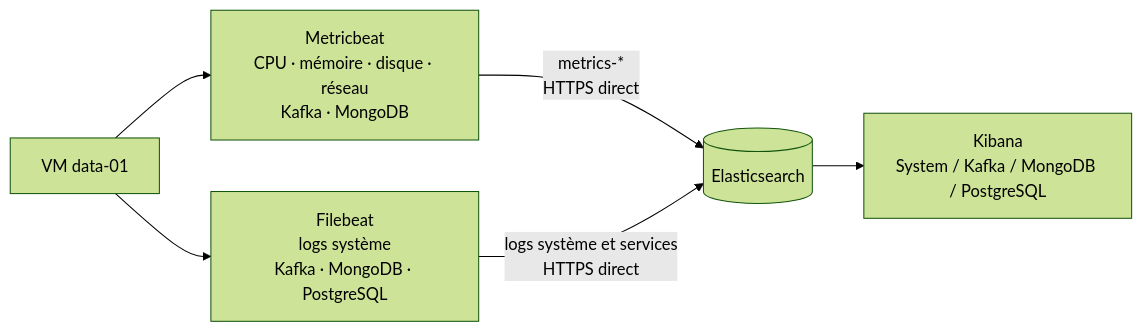
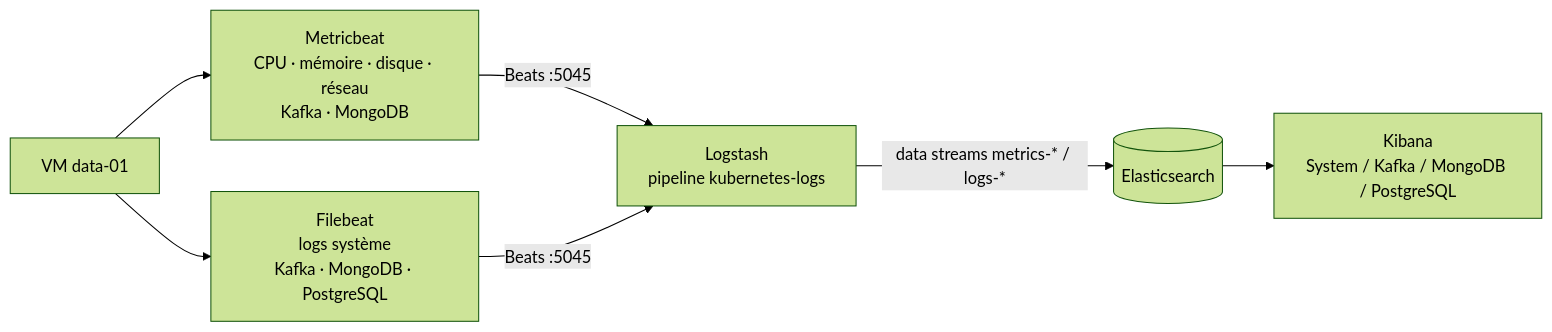
One commit to elkouhen/systemlens-observability-lab changed the second of 6 diagrams in docs/observability-flows-v1-v2.md. Above: the diagram before and after it, drawn with Mermaid (forest theme). The commit also changed other lines of this file and 16 other files, not shown here.

Commit message:
route v1 Beats through Logstash on data-01

````diff
--- a/docs/observability-flows-v1-v2.md
+++ b/docs/observability-flows-v1-v2.md
@@ -22,8 +22,9 @@
 ```mermaid
 flowchart LR
     S[VM data-01] --> MB[Metricbeat\nCPU · mémoire · disque · réseau\nKafka · MongoDB]
     S --> FB[Filebeat\nlogs système\nKafka · MongoDB · PostgreSQL]
-    MB -->|metrics-*\nHTTPS direct| E[(Elasticsearch)]
-    FB -->|logs système et services\nHTTPS direct| E
+    MB -->|Beats :5045| L[Logstash\npipeline kubernetes-logs]
+    FB -->|Beats :5045| L
+    L -->|data streams metrics-* / logs-*| E[(Elasticsearch)]
     E --> K[Kibana\nSystem / Kafka / MongoDB / PostgreSQL]
 ```
````
